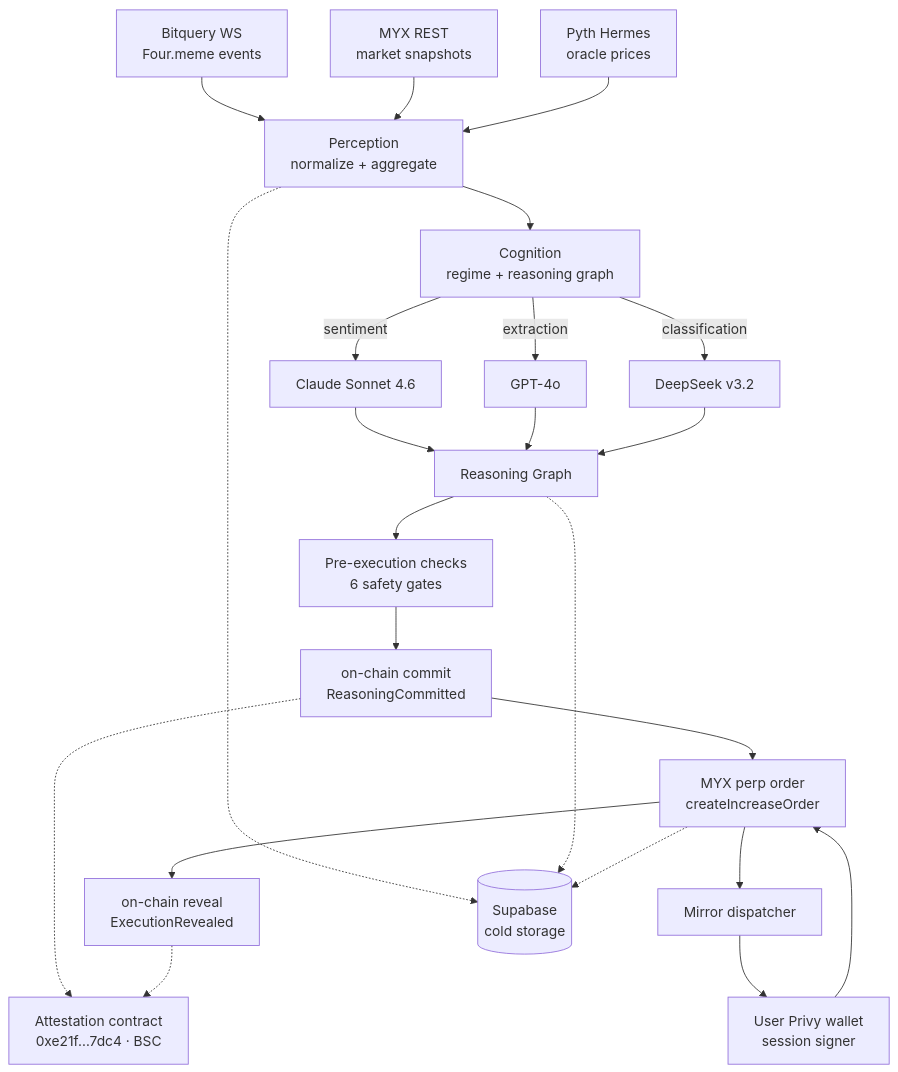
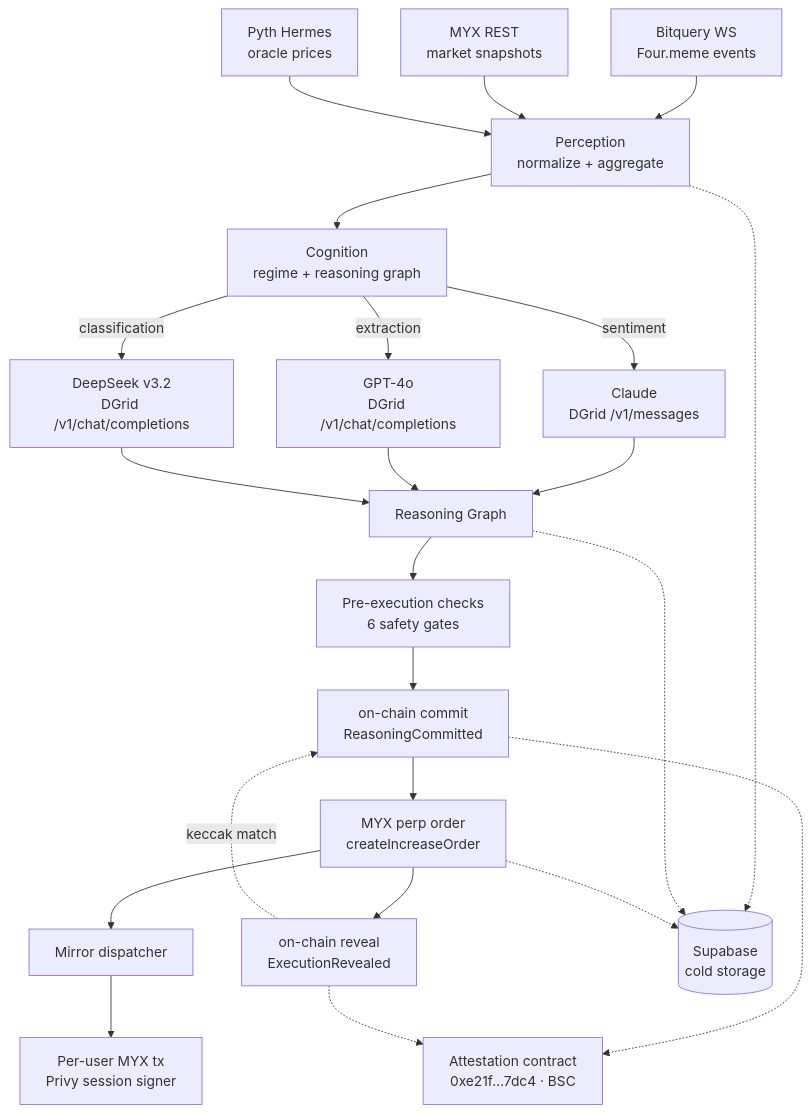
Before and after one commit to winsznx/neurodegen: the diagram in README.md, drawn with Mermaid. The commit also changed other lines of this file and 8 other files, not shown here.

First line of the commit message:
docs + brand: lead with commit-reveal moat, relicense AGPL-3.0

````diff
--- a/README.md
+++ b/README.md
@@ -27,36 +27,36 @@
 ```mermaid
 flowchart TD
     BQ["Bitquery WS<br/>Four.meme events"]
     MYXR["MYX REST<br/>market snapshots"]
     PY["Pyth Hermes<br/>oracle prices"]
 
     BQ --> PERC["Perception<br/>normalize + aggregate"]
     MYXR --> PERC
     PY --> PERC
 
     PERC --> COG["Cognition<br/>regime + reasoning graph"]
 
-    COG -->|sentiment| CL["Claude Sonnet 4.6"]
-    COG -->|extraction| GP["GPT-4o"]
-    COG -->|classification| DS["DeepSeek v3.2"]
+    COG -->|sentiment| CL["Claude<br/>DGrid /v1/messages"]
+    COG -->|extraction| GP["GPT-4o<br/>DGrid /v1/chat/completions"]
+    COG -->|classification| DS["DeepSeek v3.2<br/>DGrid /v1/chat/completions"]
 
     CL --> GRAPH["Reasoning Graph"]
     GP --> GRAPH
     DS --> GRAPH
 
     GRAPH --> PRE["Pre-execution checks<br/>6 safety gates"]
     PRE --> COMMIT["on-chain commit<br/>ReasoningCommitted"]
     COMMIT --> MYXTX["MYX perp order<br/>createIncreaseOrder"]
     MYXTX --> REVEAL["on-chain reveal<br/>ExecutionRevealed"]
+    REVEAL -.->|keccak match| COMMIT
 
     MYXTX --> MIRROR["Mirror dispatcher"]
-    MIRROR --> USR["User Privy wallet<br/>session signer"]
-    USR --> MYXTX
+    MIRROR --> USRTX["Per-user MYX tx<br/>Privy session signer"]
 
     PERC -.-> SB[("Supabase<br/>cold storage")]
     GRAPH -.-> SB
     MYXTX -.-> SB
 
     COMMIT -.-> ATT["Attestation contract<br/>0xe21f…7dc4 · BSC"]
     REVEAL -.-> ATT
 ```
````
